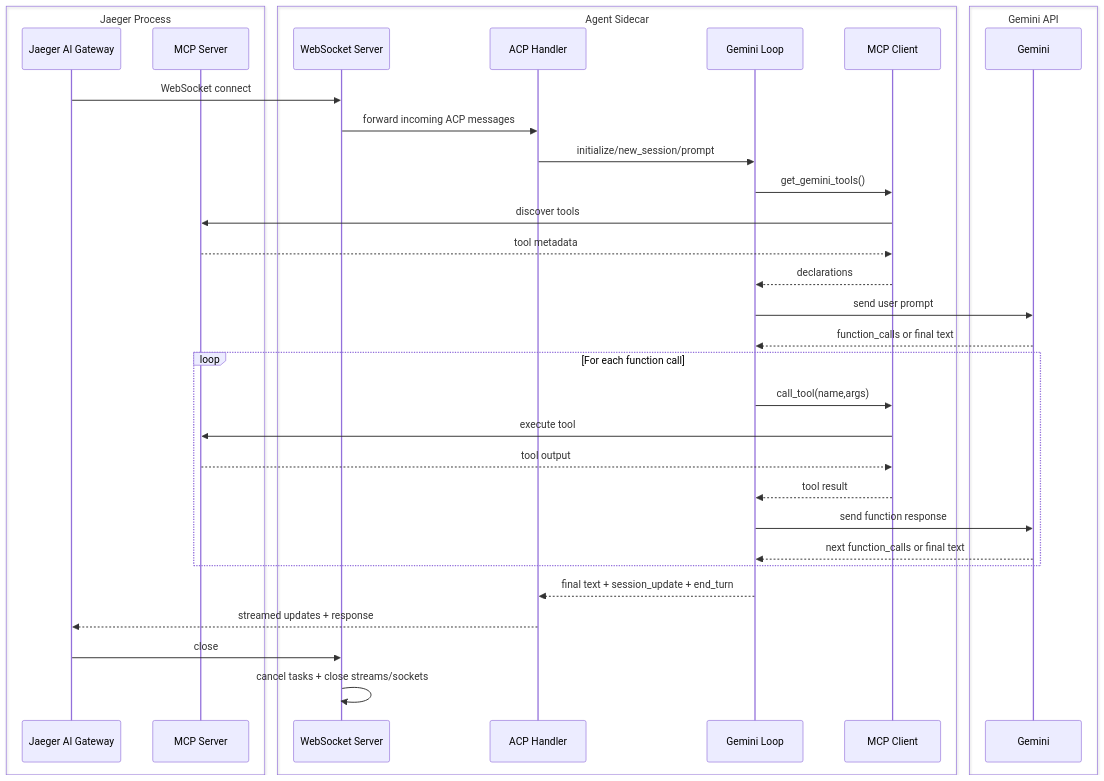
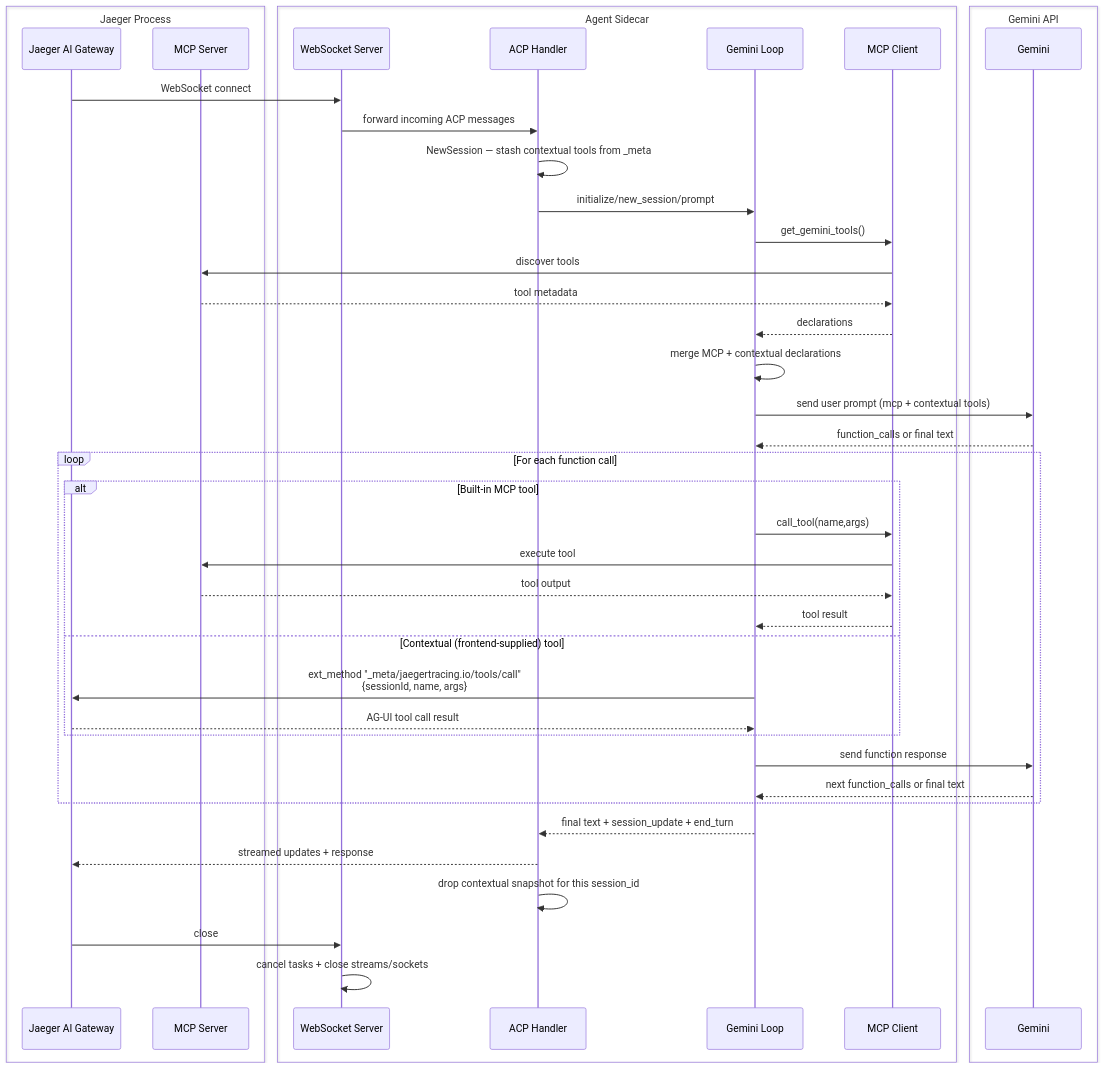
The second of 2 diagrams in scripts/ai-sidecar/gemini/README.md (jaegertracing/jaeger), drawn with Mermaid before and after one commit. The commit also changed other lines of this file and 3 other files, not shown here.

````diff
--- a/scripts/ai-sidecar/gemini/README.md
+++ b/scripts/ai-sidecar/gemini/README.md
@@ -134,43 +141,51 @@
 ```mermaid
 sequenceDiagram
     box Jaeger Process
         participant GW as Jaeger AI Gateway
         participant JMCP as MCP Server
     end
     box Agent Sidecar
         participant HW as WebSocket Server
         participant ACP as ACP Handler
         participant GL as Gemini Loop
         participant MCP as MCP Client
     end
     box Gemini API
         participant GEM as Gemini
     end
 
     GW->>HW: WebSocket connect
     HW->>ACP: forward incoming ACP messages
+    ACP->>ACP: NewSession — stash contextual tools from _meta
     ACP->>GL: initialize/new_session/prompt
 
     GL->>MCP: get_gemini_tools()
     MCP->>JMCP: discover tools
     JMCP-->>MCP: tool metadata
     MCP-->>GL: declarations
+    GL->>GL: merge MCP + contextual declarations
 
-    GL->>GEM: send user prompt
+    GL->>GEM: send user prompt (mcp + contextual tools)
     GEM-->>GL: function_calls or final text
 
     loop For each function call
-        GL->>MCP: call_tool(name,args)
-        MCP->>JMCP: execute tool
-        JMCP-->>MCP: tool output
-        MCP-->>GL: tool result
+        alt Built-in MCP tool
+            GL->>MCP: call_tool(name,args)
+            MCP->>JMCP: execute tool
+            JMCP-->>MCP: tool output
+            MCP-->>GL: tool result
+        else Contextual (frontend-supplied) tool
+            GL->>GW: ext_method "_meta/jaegertracing.io/tools/call"<br/>{sessionId, name, args}
+            GW-->>GL: AG-UI tool call result
+        end
         GL->>GEM: send function response
         GEM-->>GL: next function_calls or final text
     end
 
     GL-->>ACP: final text + session_update + end_turn
     ACP-->>GW: streamed updates + response
+    ACP->>ACP: drop contextual snapshot for this session_id
 
     GW->>HW: close
     HW->>HW: cancel tasks + close streams/sockets
 ```
````
